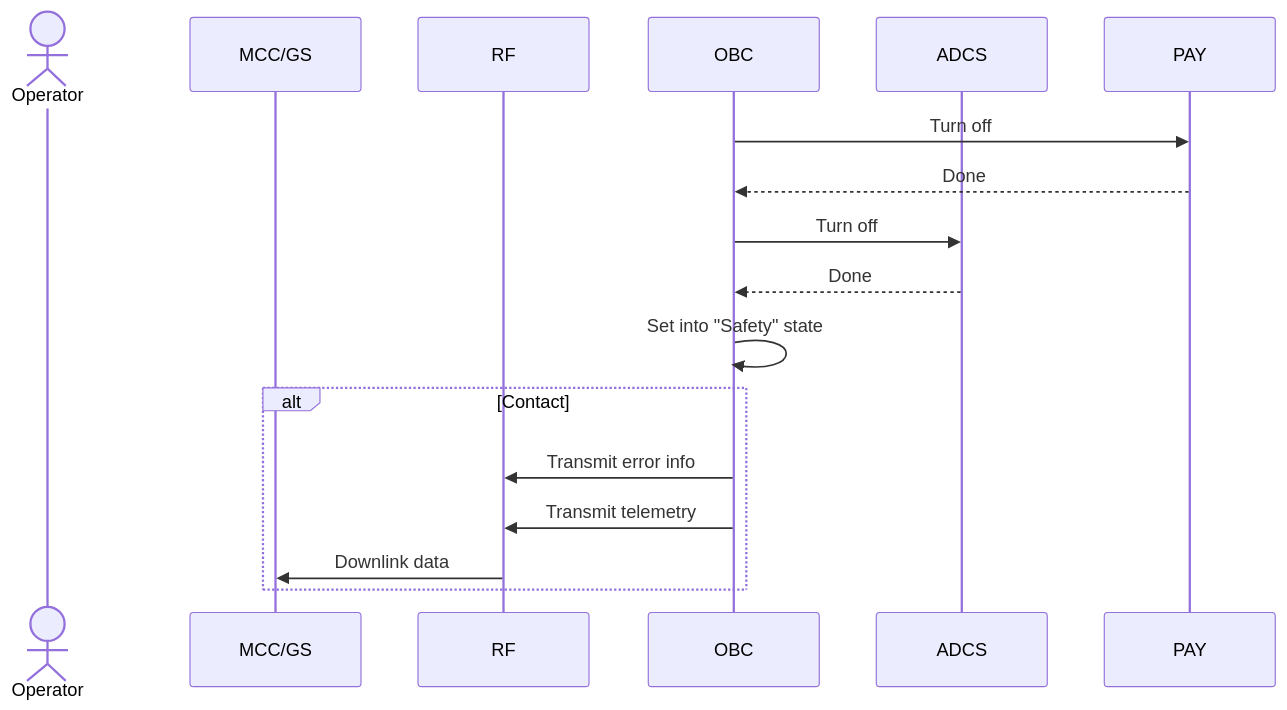
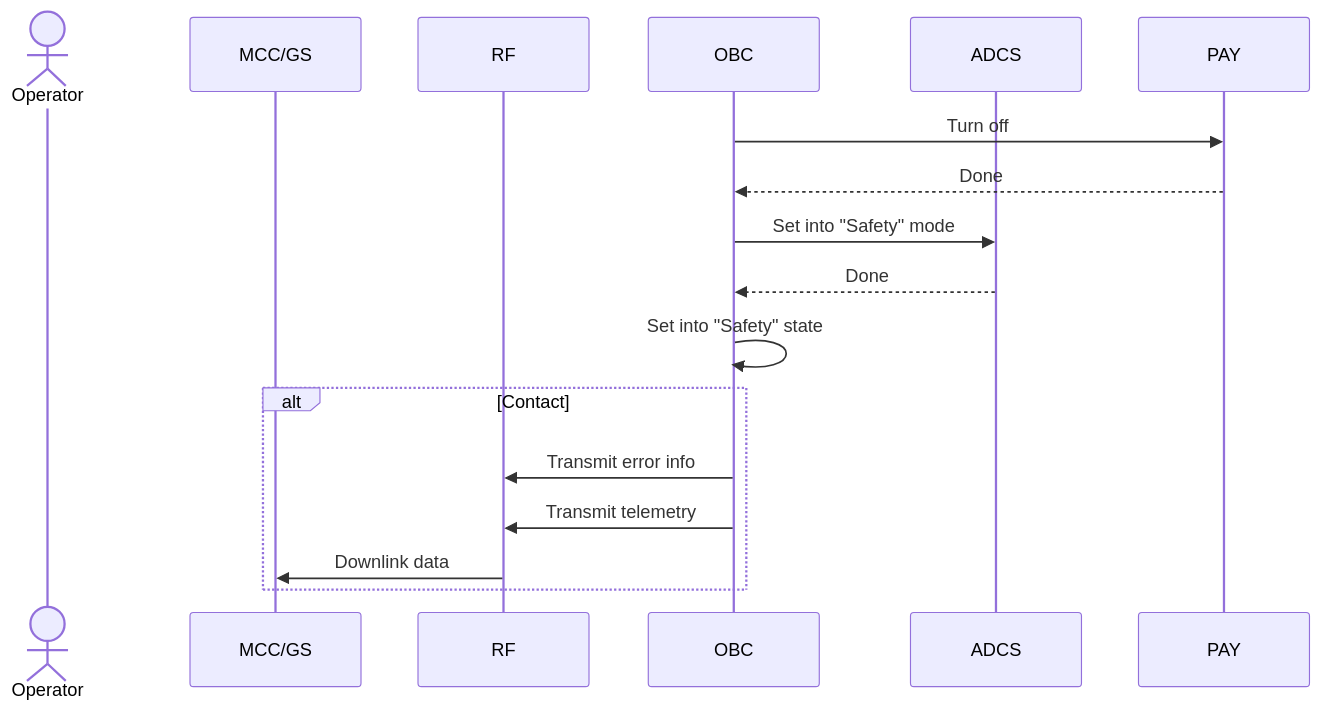
Before and after one commit to utat-ss/FINCH-sequence-diagrams: the diagram in command sequences/safety-command-sequence.md, drawn with Mermaid.

````diff
--- a/command sequences/safety-command-sequence.md
+++ b/command sequences/safety-command-sequence.md
@@ -2,23 +2,23 @@
 ```mermaid
 sequenceDiagram
     Actor Operator
     participant MCC/GS
     participant RF
     participant OBC
     participant ADCS
     participant PAY
 
     OBC->>PAY: Turn off
     PAY-->>OBC: Done
-    OBC->>ADCS: Turn off
+    OBC->>ADCS: Set into "Safety" mode
     ADCS-->>OBC: Done
 
     OBC->>OBC: Set into "Safety" state
 
     alt Contact
         OBC->>RF: Transmit error info
         OBC->>RF: Transmit telemetry
         RF->>MCC/GS: Downlink data
     end
     
 ```
````
